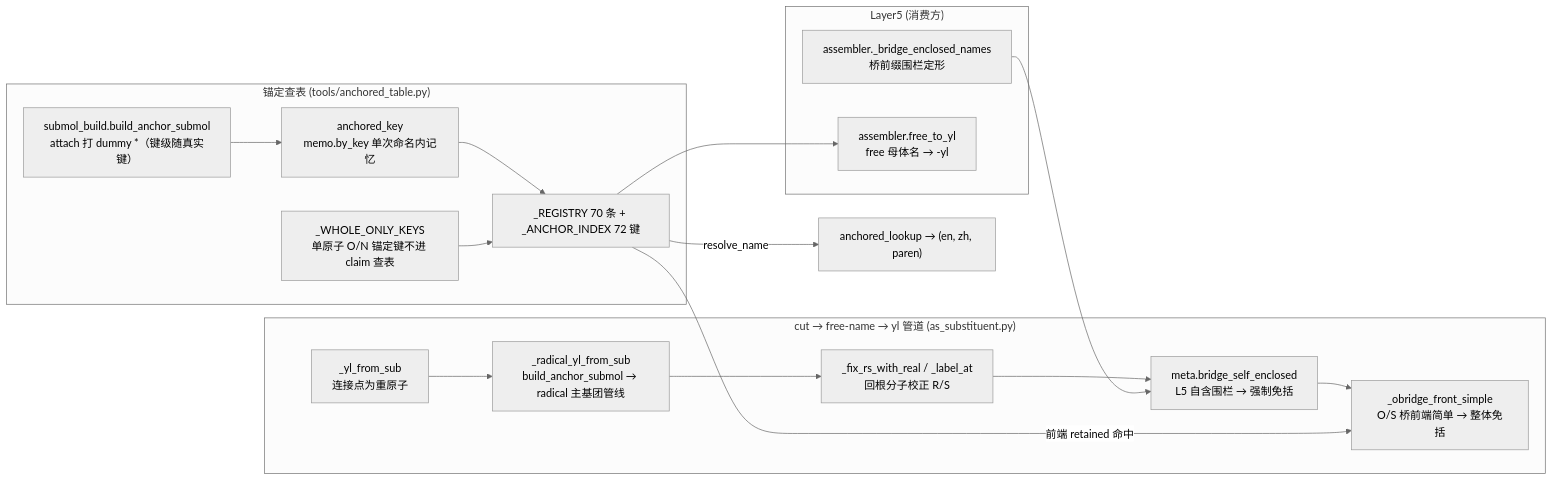
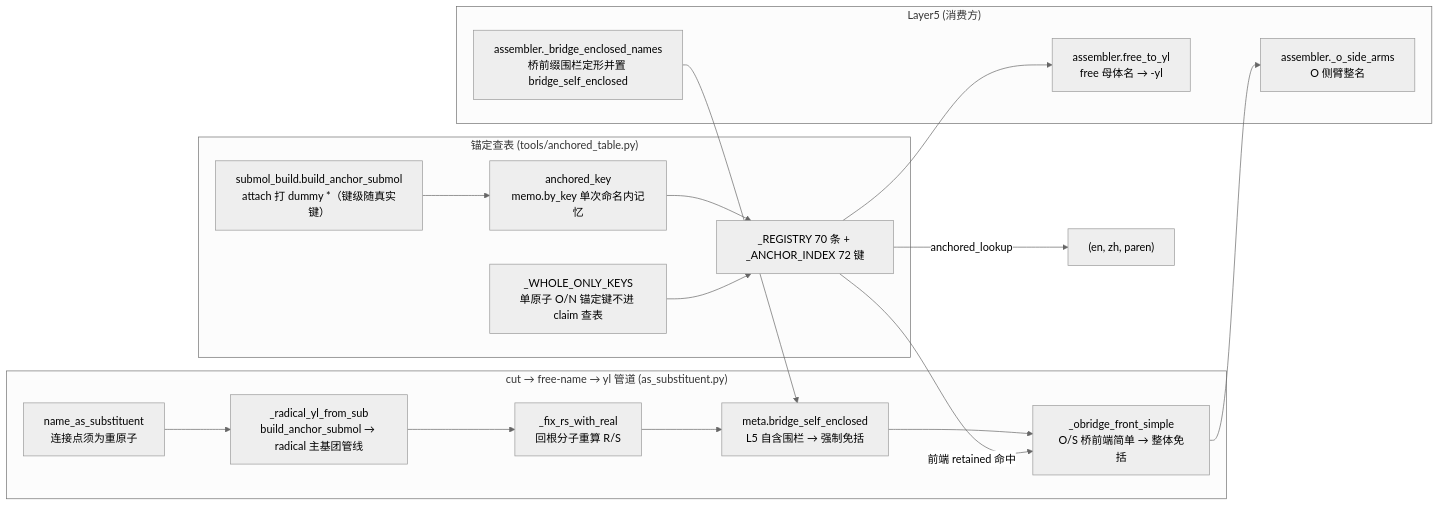
One commit to zouxiaofei1/OpenSMILES changed the second of 2 diagrams in docs/wiki/architecture/layer3-substituents.md. Above: the diagram before and after it, drawn with Mermaid (neutral theme). The commit also changed other lines of this file and 20 other files, not shown here.

````diff
--- a/docs/wiki/architecture/layer3-substituents.md
+++ b/docs/wiki/architecture/layer3-substituents.md
@@ -169,34 +166,36 @@
 ```mermaid
 flowchart LR
     subgraph CUT["cut → free-name → yl 管道 (as_substituent.py)"]
-        YL["_yl_from_sub<br/>连接点为重原子"]
+        YL["name_as_substituent<br/>连接点须为重原子"]
         RAD["_radical_yl_from_sub<br/>build_anchor_submol → radical 主基团管线"]
-        RS["_fix_rs_with_real / _label_at<br/>回根分子校正 R/S"]
+        RS["_fix_rs_with_real<br/>回根分子重算 R/S"]
         BE["meta.bridge_self_enclosed<br/>L5 自含围栏 → 强制免括"]
         OB["_obridge_front_simple<br/>O/S 桥前端简单 → 整体免括"]
     end
 
     subgraph ANCHOR["锚定查表 (tools/anchored_table.py)"]
         BA["submol_build.build_anchor_submol<br/>attach 打 dummy *（键级随真实键）"]
         AK["anchored_key<br/>memo.by_key 单次命名内记忆"]
         AT["_REGISTRY 70 条 + _ANCHOR_INDEX 72 键"]
         WK["_WHOLE_ONLY_KEYS<br/>单原子 O/N 锚定键不进 claim 查表"]
     end
 
     subgraph L5["Layer5 (消费方)"]
-        NB["assembler._bridge_enclosed_names<br/>桥前缀围栏定形"]
+        NB["assembler._bridge_enclosed_names<br/>桥前缀围栏定形并置 bridge_self_enclosed"]
         FY["assembler.free_to_yl<br/>free 母体名 → -yl"]
+        OA["assembler._o_side_arms<br/>O 侧臂整名"]
     end
 
     YL --> RAD
     RAD --> RS
     RS --> BE
     BE --> OB
     BA --> AK
     AK --> AT
     WK --> AT
-    AT -->|"resolve_name"| REG["anchored_lookup → (en, zh, paren)"]
+    AT -->|"anchored_lookup"| REG["(en, zh, paren)"]
     AT -->|"前端 retained 命中"| OB
     NB --> BE
     AT --> FY
+    OB --> OA
 ```
````
